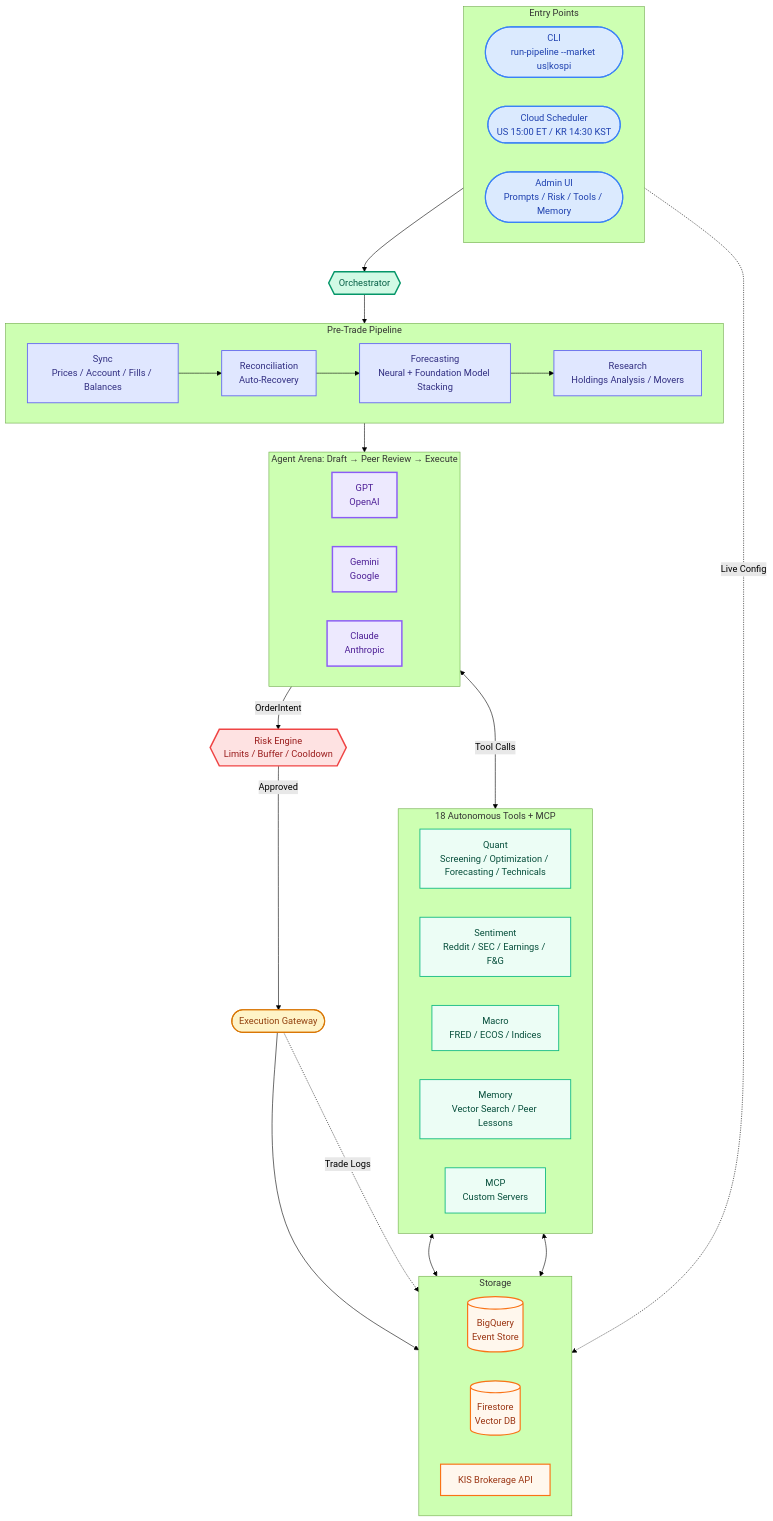
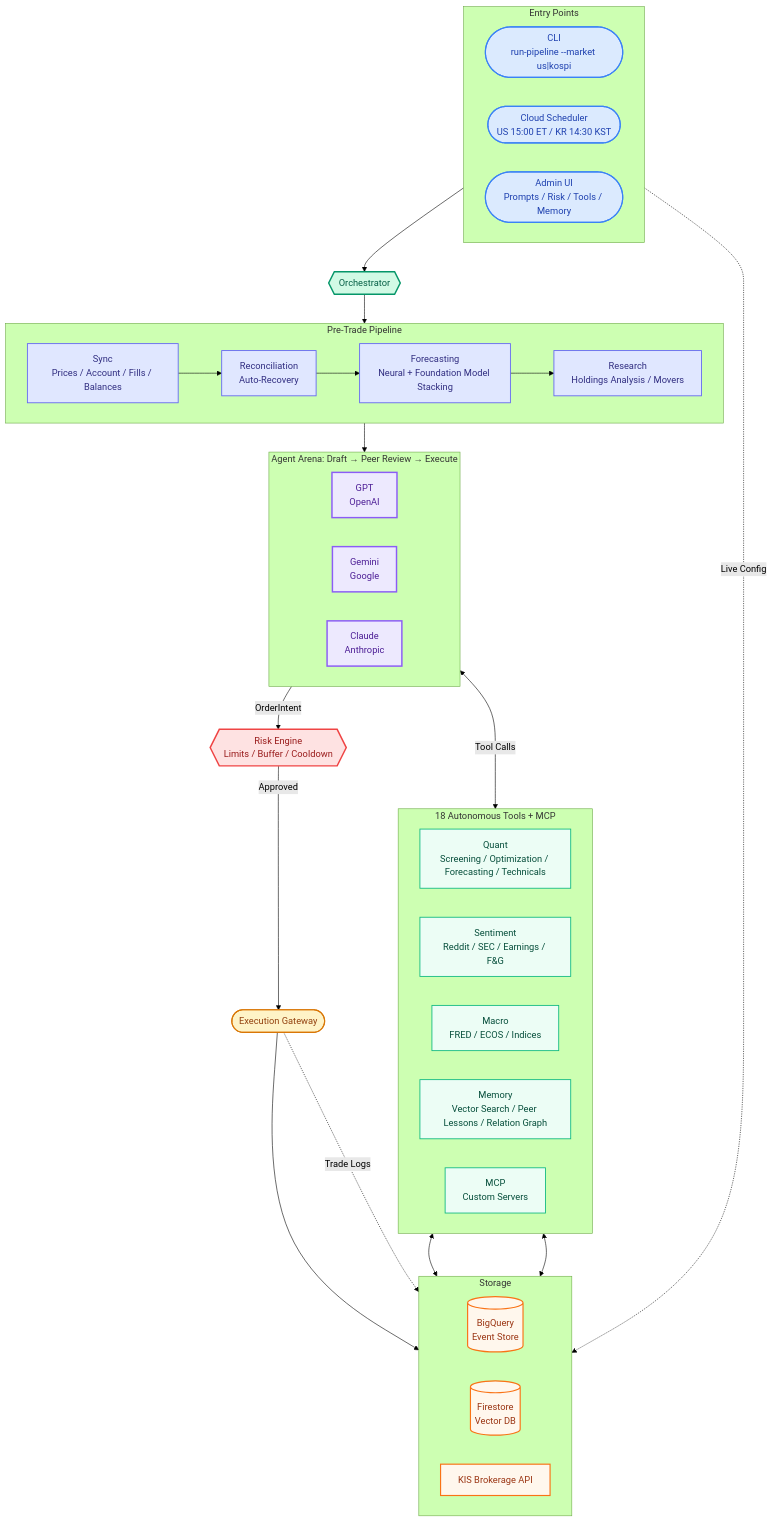
The first of 3 diagrams in README.md (midnightnnn/llm_invest), drawn with Mermaid (forest theme) before and after one commit. The commit also changed other lines of this file and 33 other files, not shown here.

````diff
--- a/README.md
+++ b/README.md
@@ -166,72 +166,72 @@
 ```mermaid
 flowchart TB
     subgraph ENTRY["Entry Points"]
         direction LR
         CLI(["CLI\nrun-pipeline --market us|kospi"])
         SCHED(["Cloud Scheduler\nUS 15:00 ET / KR 14:30 KST"])
         ADMIN(["Admin UI\nPrompts / Risk / Tools / Memory"])
     end
 
     ORCH{{"Orchestrator"}}
 
     subgraph PIPELINE["Pre-Trade Pipeline"]
         direction LR
         SYNC["Sync\nPrices / Account / Fills / Balances"]
         RECON["Reconciliation\nAuto-Recovery"]
         FCAST["Forecasting\nNeural + Foundation Model Stacking"]
         RSRCH["Research\nHoldings Analysis / Movers"]
         SYNC --> RECON --> FCAST --> RSRCH
     end
 
     subgraph ARENA["Agent Arena: Draft → Peer Review → Execute"]
         direction LR
         GPT["GPT\nOpenAI"]
         GEM["Gemini\nGoogle"]
         CLD["Claude\nAnthropic"]
     end
 
     subgraph TOOLS["18 Autonomous Tools + MCP"]
         direction LR
         TQ["Quant\nScreening / Optimization / Forecasting / Technicals"]
         TS["Sentiment\nReddit / SEC / Earnings / F&G"]
         TM["Macro\nFRED / ECOS / Indices"]
-        TC["Memory\nVector Search / Peer Lessons"]
+        TC["Memory\nVector Search / Peer Lessons / Relation Graph"]
         TMCP["MCP\nCustom Servers"]
     end
 
     RISK{{"Risk Engine\nLimits / Buffer / Cooldown"}}
     GW(["Execution Gateway"])
 
     subgraph STORE["Storage"]
         direction LR
         BQ[("BigQuery\nEvent Store")]
         FS[("Firestore\nVector DB")]
         KIS["KIS Brokerage API"]
     end
 
     ENTRY --> ORCH --> PIPELINE --> ARENA
     ARENA <-->|"Tool Calls"| TOOLS
     ARENA -->|"OrderIntent"| RISK
     RISK -->|"Approved"| GW --> KIS
     TOOLS <--> BQ & FS
     ADMIN -.->|"Live Config"| BQ
     GW -.->|"Trade Logs"| BQ
 
     classDef entry fill:#dbeafe,stroke:#3b82f6,stroke-width:2px,color:#1e40af
     classDef orch fill:#d1fae5,stroke:#059669,stroke-width:2.5px,color:#065f46
     classDef pipe fill:#e0e7ff,stroke:#6366f1,stroke-width:1.5px,color:#312e81
     classDef agent fill:#ede9fe,stroke:#8b5cf6,stroke-width:2.5px,color:#4c1d95
     classDef tool fill:#ecfdf5,stroke:#10b981,stroke-width:1.5px,color:#064e3b
     classDef risk fill:#fee2e2,stroke:#ef4444,stroke-width:2.5px,color:#991b1b
     classDef gw fill:#fef3c7,stroke:#d97706,stroke-width:2px,color:#92400e
     classDef store fill:#fff7ed,stroke:#f97316,stroke-width:2px,color:#9a3412
 
     class CLI,SCHED,ADMIN entry
     class ORCH orch
     class SYNC,RECON,FCAST,RSRCH pipe
     class GPT,GEM,CLD agent
     class TQ,TS,TM,TC,TMCP tool
     class RISK risk
     class GW gw
     class BQ,FS,KIS store
 ```
````
